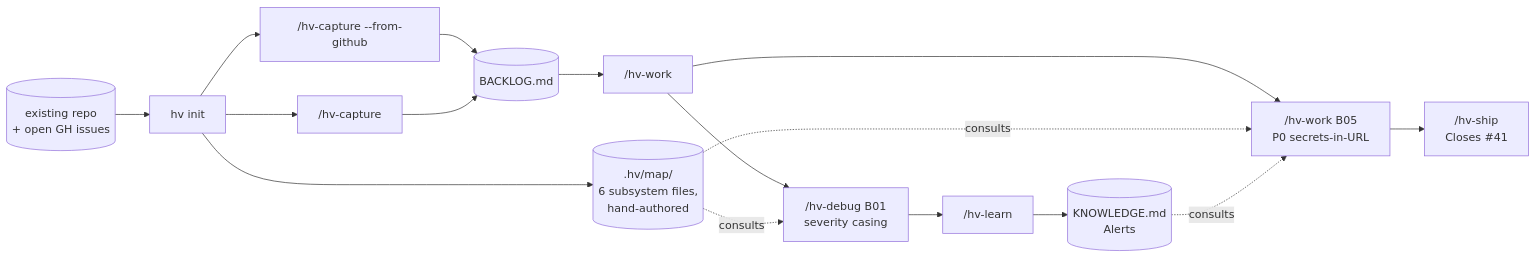
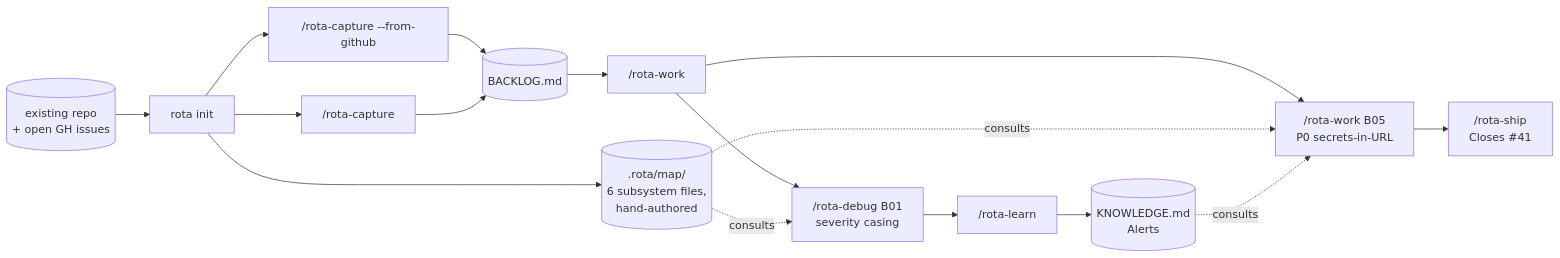
The diagram in docs/walkthroughs/brownfield-existing-project.md (l4ci/hv-skills), drawn with Mermaid before and after one commit. The commit also changed other lines of this file and 9 other files, not shown here.

````diff
--- a/docs/walkthroughs/brownfield-existing-project.md
+++ b/docs/walkthroughs/brownfield-existing-project.md
@@ -9,18 +9,18 @@
 ```mermaid
 flowchart LR
-  REPO[(existing repo<br/>+ open GH issues)] --> INIT["hv init"]
-  INIT --> SUBS[(.hv/map/<br/>6 subsystem files,<br/>hand-authored)]
-  INIT --> ISSUES["/hv-capture --from-github"]
-  INIT --> CAP["/hv-capture"]
+  REPO[(existing repo<br/>+ open GH issues)] --> INIT["rota init"]
+  INIT --> SUBS[(.rota/map/<br/>6 subsystem files,<br/>hand-authored)]
+  INIT --> ISSUES["/rota-capture --from-github"]
+  INIT --> CAP["/rota-capture"]
   ISSUES --> BACKLOG[(BACKLOG.md)]
   CAP --> BACKLOG
-  BACKLOG --> NEXT["/hv-work"]
-  NEXT --> WORK["/hv-work B05<br/>P0 secrets-in-URL"]
-  NEXT --> DEBUGCYCLE["/hv-debug B01<br/>severity casing"]
-  WORK --> SHIP["/hv-ship<br/>Closes #41"]
-  DEBUGCYCLE --> LEARN["/hv-learn"]
+  BACKLOG --> NEXT["/rota-work"]
+  NEXT --> WORK["/rota-work B05<br/>P0 secrets-in-URL"]
+  NEXT --> DEBUGCYCLE["/rota-debug B01<br/>severity casing"]
+  WORK --> SHIP["/rota-ship<br/>Closes #41"]
+  DEBUGCYCLE --> LEARN["/rota-learn"]
   LEARN --> KNOW[(KNOWLEDGE.md<br/>Alerts)]
   SUBS -.consults.-> WORK
   SUBS -.consults.-> DEBUGCYCLE
   KNOW -.consults.-> WORK
 ```
````
